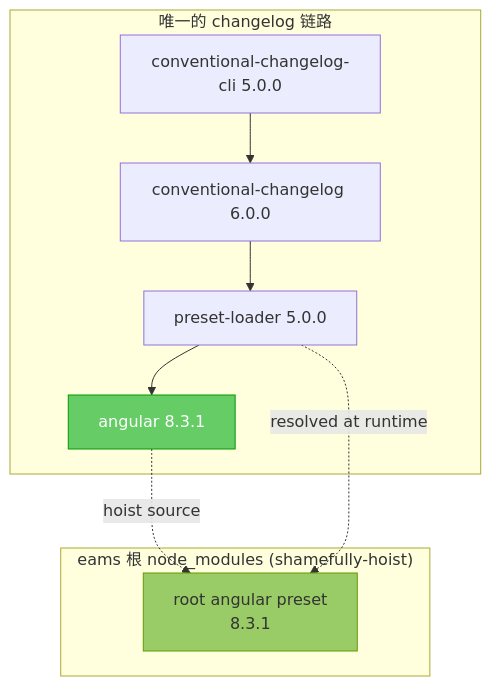
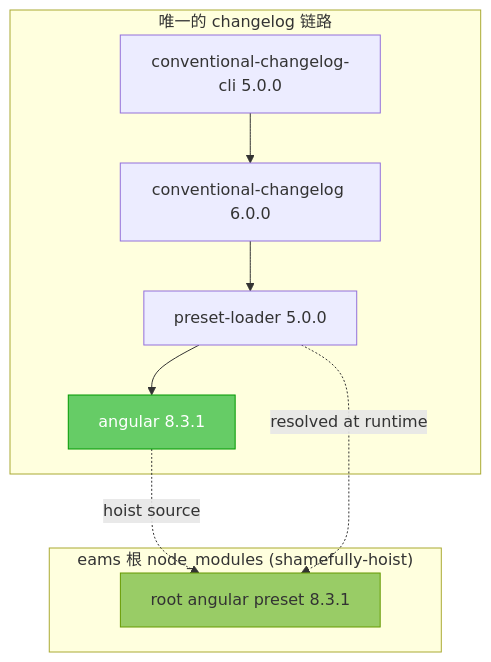
Before and after one commit to ruan-cat/notes: the second of 6 diagrams in docs/ruan-cat-notes/docs/bug/026-fuck-commit-and-tag-version-2026-4-9/2026-04-09-conventional-changelog-angular-version-conflict-analysis.md, drawn with Mermaid. The commit also changed other lines of this file and 2 other files, not shown here.

First line of the commit message:
🐞 fix(docs): 修复 mermaid/handlebars 代码块导致 VitePress 构建错误

````diff
--- a/docs/ruan-cat-notes/docs/bug/026-fuck-commit-and-tag-version-2026-4-9/2026-04-09-conventional-changelog-angular-version-conflict-analysis.md
+++ b/docs/ruan-cat-notes/docs/bug/026-fuck-commit-and-tag-version-2026-4-9/2026-04-09-conventional-changelog-angular-version-conflict-analysis.md
@@ -140,20 +140,20 @@
 ```mermaid
 graph TB
     subgraph ROOT_E["eams 根 node_modules (shamefully-hoist)"]
-        RE1["root angular preset<br/>8.3.1"]
+        RE1["root angular preset 8.3.1"]
     end
 
     subgraph CHAIN_E["唯一的 changelog 链路"]
         E1A["conventional-changelog-cli 5.0.0"]
         E1B["conventional-changelog 6.0.0"]
         E1C["preset-loader 5.0.0"]
         E1D["angular 8.3.1"]
         E1A --> E1B --> E1C --> E1D
     end
 
     E1D -. "hoist source" .-> RE1
     E1C -. "resolved at runtime" .-> RE1
 
     style RE1 fill:#9c6,stroke:#690
     style E1D fill:#6c6,stroke:#090,color:#fff
 ```
````
